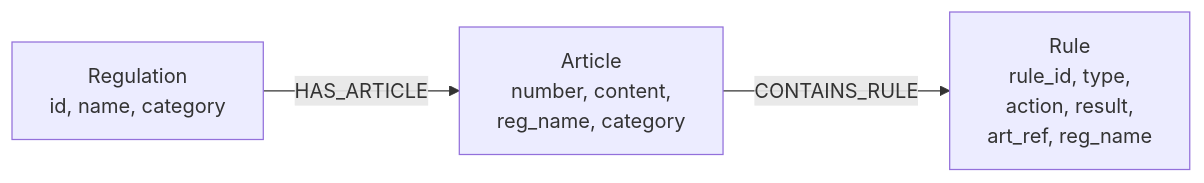
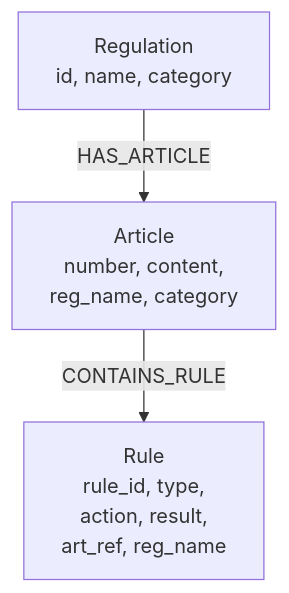
One commit to JosephLaiWorks/ncu-regulation-kg-qa changed the diagram in README.md. Above: the diagram before and after it, drawn with Mermaid.

````diff
--- a/README.md
+++ b/README.md
@@ -130,9 +130,9 @@
 ```mermaid
-graph LR
+graph TD
     R["Regulation<br/>id, name, category"]
     A["Article<br/>number, content,<br/>reg_name, category"]
     U["Rule<br/>rule_id, type,<br/>action, result,<br/>art_ref, reg_name"]
 
     R -->|HAS_ARTICLE| A
     A -->|CONTAINS_RULE| U
 ```
````
